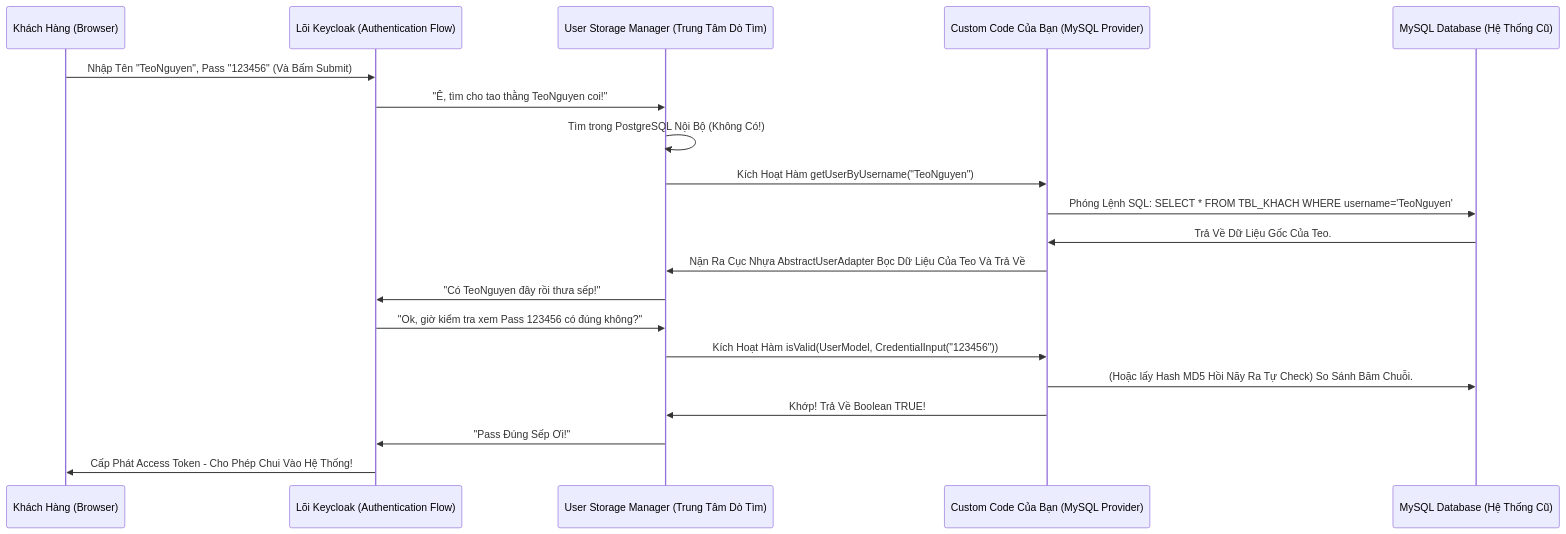
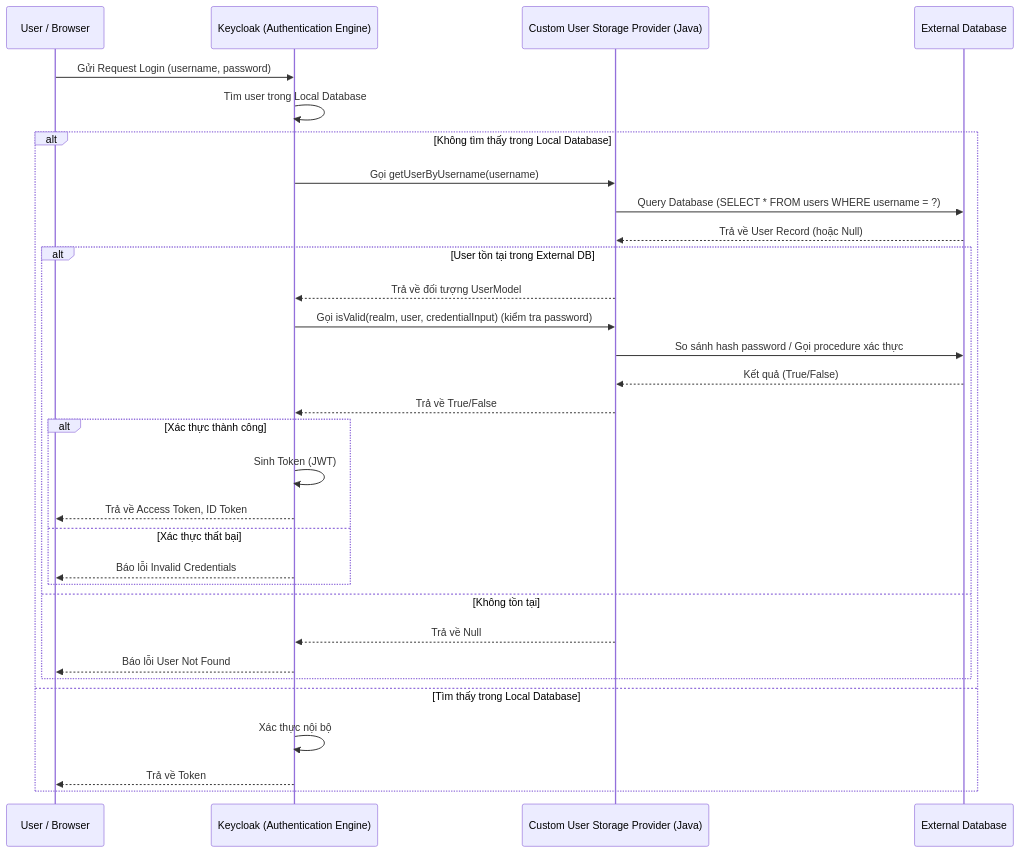
The diagram in 27-Custom-User-Storage/Module-1-Concepts/Lesson-1-External-Database.md (Luckyy0/keycloak), drawn with Mermaid before and after one commit. The commit also changed other lines of this file and 215 other files, not shown here.

````diff
--- a/27-Custom-User-Storage/Module-1-Concepts/Lesson-1-External-Database.md
+++ b/27-Custom-User-Storage/Module-1-Concepts/Lesson-1-External-Database.md
@@ -31,27 +20,34 @@
 ```mermaid
 sequenceDiagram
-    participant User as Khách Hàng (Browser)
-    participant Core as Lõi Keycloak (Authentication Flow)
-    participant StorageManager as User Storage Manager (Trung Tâm Dò Tìm)
-    participant MyProvider as Custom Code Của Bạn (MySQL Provider)
-    participant MySQL as MySQL Database (Hệ Thống Cũ)
-    
-    User->>Core: Nhập Tên "TeoNguyen", Pass "123456" (Và Bấm Submit)
-    Core->>StorageManager: "Ê, tìm cho tao thằng TeoNguyen coi!"
-    
-    StorageManager->>StorageManager: Tìm trong PostgreSQL Nội Bộ (Không Có!)
-    
-    StorageManager->>MyProvider: Kích Hoạt Hàm getUserByUsername("TeoNguyen")
-    MyProvider->>MySQL: Phóng Lệnh SQL: SELECT * FROM TBL_KHACH WHERE username='TeoNguyen'
-    MySQL->>MyProvider: Trả Về Dữ Liệu Gốc Của Teo.
-    MyProvider->>StorageManager: Nặn Ra Cục Nhựa AbstractUserAdapter Bọc Dữ Liệu Của Teo Và Trả Về
-    StorageManager->>Core: "Có TeoNguyen đây rồi thưa sếp!"
-    
-    Core->>StorageManager: "Ok, giờ kiểm tra xem Pass 123456 có đúng không?"
-    StorageManager->>MyProvider: Kích Hoạt Hàm isValid(UserModel, CredentialInput("123456"))
-    MyProvider->>MySQL: (Hoặc lấy Hash MD5 Hồi Nãy Ra Tự Check) So Sánh Băm Chuỗi.
-    MyProvider->>StorageManager: Khớp! Trả Về Boolean TRUE!
-    
-    StorageManager->>Core: "Pass Đúng Sếp Ơi!"
-    Core->>User: Cấp Phát Access Token - Cho Phép Chui Vào Hệ Thống!
+    participant User as User / Browser
+    participant KC as Keycloak (Authentication Engine)
+    participant SPI as Custom User Storage Provider (Java)
+    participant ExtDB as External Database
+
+    User->>KC: Gửi Request Login (username, password)
+    KC->>KC: Tìm user trong Local Database
+    alt Không tìm thấy trong Local Database
+        KC->>SPI: Gọi getUserByUsername(username)
+        SPI->>ExtDB: Query Database (SELECT * FROM users WHERE username = ?)
+        ExtDB-->>SPI: Trả về User Record (hoặc Null)
+        alt User tồn tại trong External DB
+            SPI-->>KC: Trả về đối tượng UserModel
+            KC->>SPI: Gọi isValid(realm, user, credentialInput) (kiểm tra password)
+            SPI->>ExtDB: So sánh hash password / Gọi procedure xác thực
+            ExtDB-->>SPI: Kết quả (True/False)
+            SPI-->>KC: Trả về True/False
+            alt Xác thực thành công
+                KC->>KC: Sinh Token (JWT)
+                KC-->>User: Trả về Access Token, ID Token
+            else Xác thực thất bại
+                KC-->>User: Báo lỗi Invalid Credentials
+            end
+        else Không tồn tại
+            SPI-->>KC: Trả về Null
+            KC-->>User: Báo lỗi User Not Found
+        end
+    else Tìm thấy trong Local Database
+        KC->>KC: Xác thực nội bộ
+        KC-->>User: Trả về Token
+    end
 ```
````
